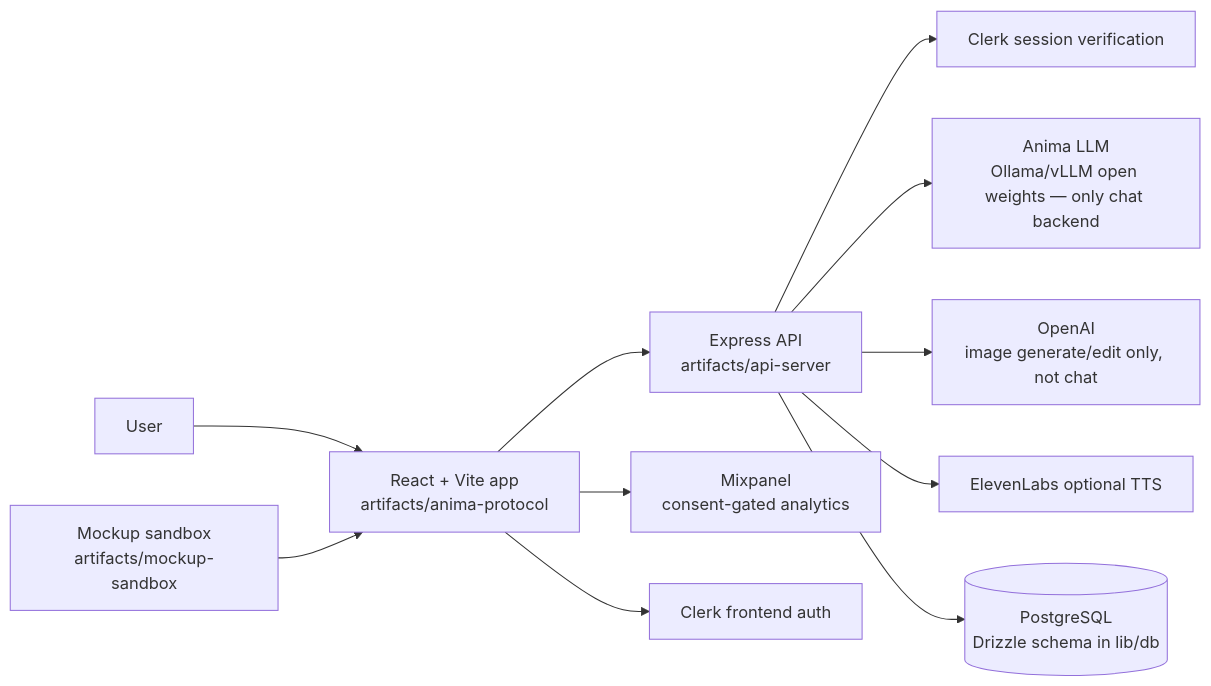
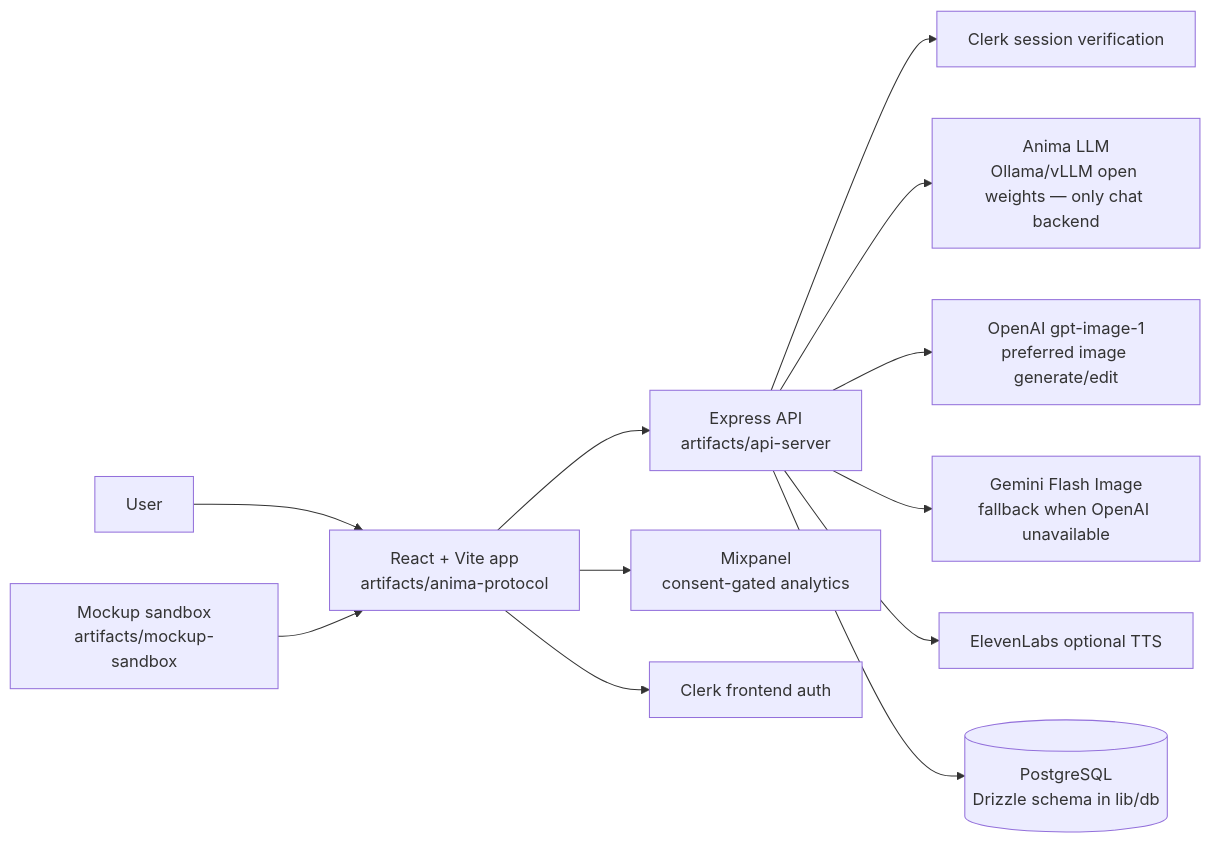
One commit to davins56/Anima-Protocol changed the diagram in README.md. Above: the diagram before and after it, drawn with Mermaid. The commit also changed other lines of this file and 7 other files, not shown here.

First line of the commit message:
feat: swap free image generation to Gemini Flash Image

````diff
--- a/README.md
+++ b/README.md
@@ -9,13 +9,14 @@
 ```mermaid
 flowchart LR
   user[User] --> web[React + Vite app<br/>artifacts/anima-protocol]
   web --> api[Express API<br/>artifacts/api-server]
   web --> mixpanel[Mixpanel<br/>consent-gated analytics]
   web --> clerk[Clerk frontend auth]
   api --> clerk_api[Clerk session verification]
   api --> animaLlm[Anima LLM<br/>Ollama/vLLM open weights — only chat backend]
-  api --> openaiImages[OpenAI<br/>image generate/edit only, not chat]
+  api --> openaiImages[OpenAI gpt-image-1<br/>preferred image generate/edit]
+  api --> geminiImages[Gemini Flash Image<br/>fallback when OpenAI unavailable]
   api --> eleven[ElevenLabs optional TTS]
   api --> db[(PostgreSQL<br/>Drizzle schema in lib/db)]
   mockup[Mockup sandbox<br/>artifacts/mockup-sandbox] --> web
 ```
````
